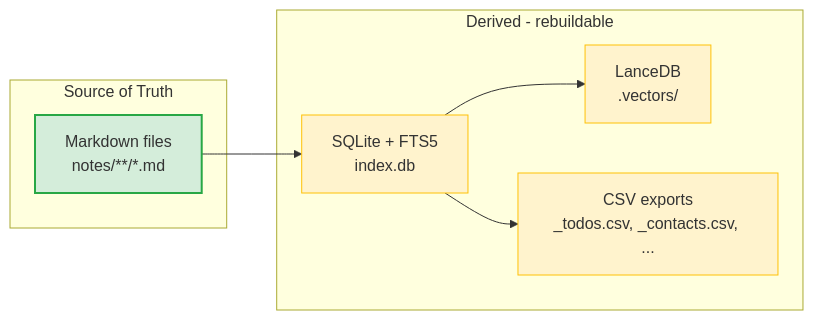
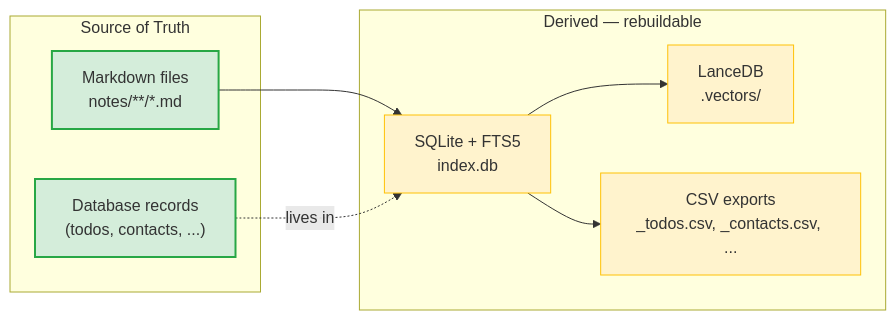
The second of 2 diagrams in README.md (chloeliu/notely), drawn with Mermaid before and after one commit. The commit also changed other lines of this file, not shown here.

First line of the commit message:
Fix Mermaid charts to reflect actual architecture

````diff
--- a/README.md
+++ b/README.md
@@ -206,19 +206,23 @@
 ```mermaid
 flowchart LR
-    subgraph Source of Truth
+    subgraph "Source of Truth"
         MD["Markdown files<br/>notes/**/*.md"]
+        REC["Database records<br/>(todos, contacts, ...)"]
     end
-    subgraph Derived - rebuildable
+    subgraph "Derived — rebuildable"
         DB["SQLite + FTS5<br/>index.db"]
         VEC["LanceDB<br/>.vectors/"]
         CSV["CSV exports<br/>_todos.csv, _contacts.csv, ..."]
     end
 
-    MD --> DB --> VEC
+    MD --> DB
+    REC -.->|"lives in"| DB
+    DB --> VEC
     DB --> CSV
 
     style MD fill:#d4edda,stroke:#28a745,stroke-width:2px
+    style REC fill:#d4edda,stroke:#28a745,stroke-width:2px
     style DB fill:#fff3cd,stroke:#ffc107
     style VEC fill:#fff3cd,stroke:#ffc107
     style CSV fill:#fff3cd,stroke:#ffc107
 ```
````
